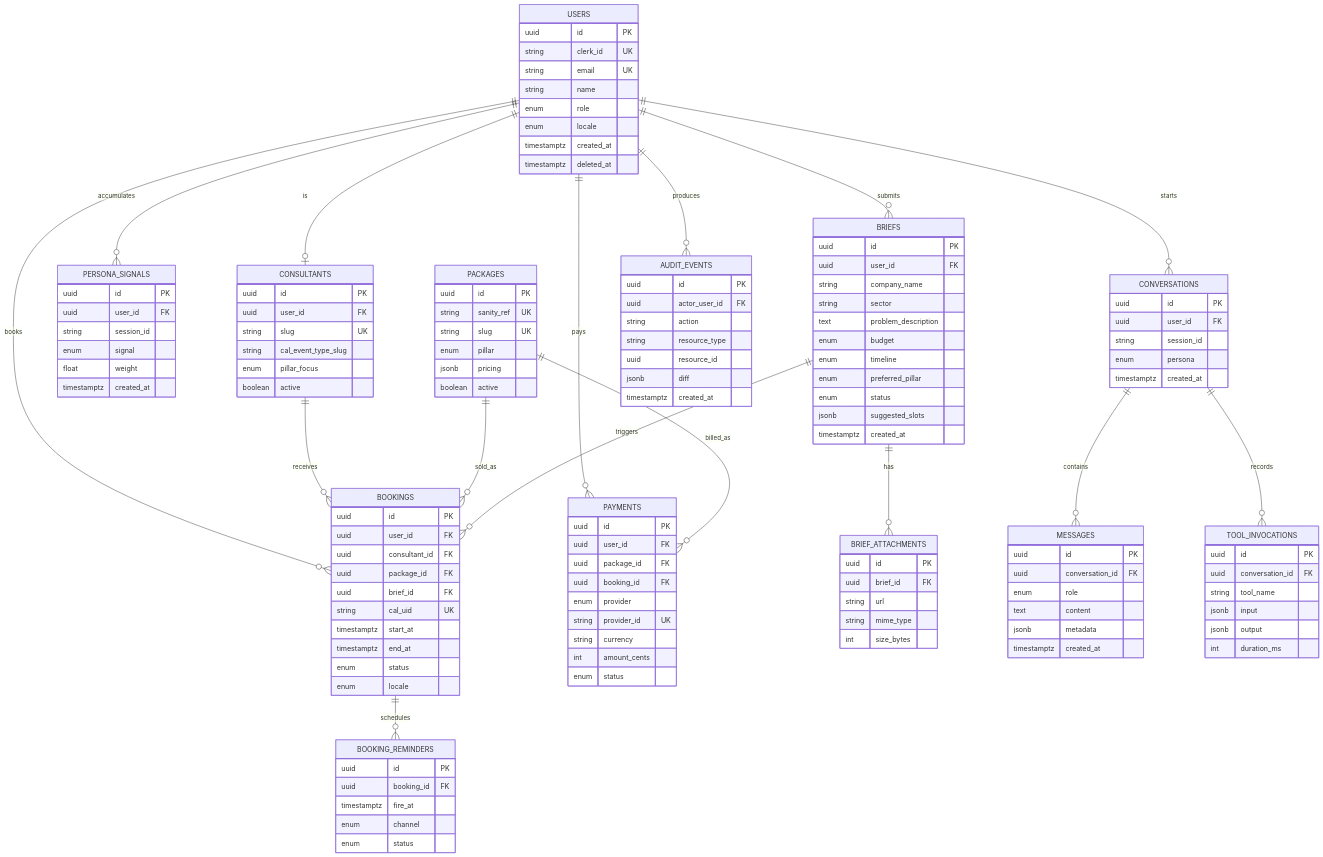
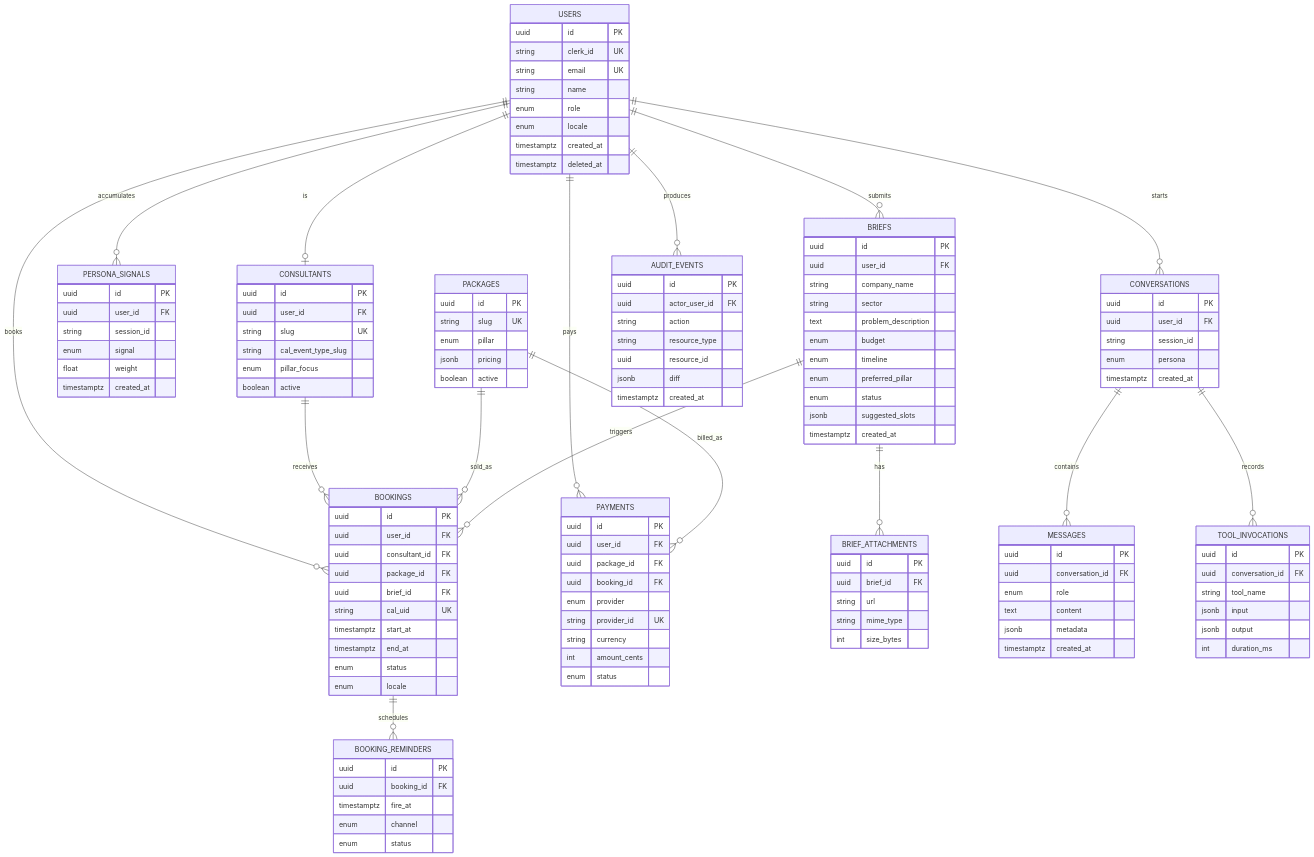
The diagram in docs/06-data-model.md (burakardaozgul/indoles_new), drawn with Mermaid before and after one commit. The commit also changed other lines of this file and 10 other files, not shown here.

```diff
--- a/docs/06-data-model.md
+++ b/docs/06-data-model.md
@@ -49,7 +49,6 @@
 
   PACKAGES {
     uuid id PK
-    string sanity_ref UK
     string slug UK
     enum pillar
     jsonb pricing
```
